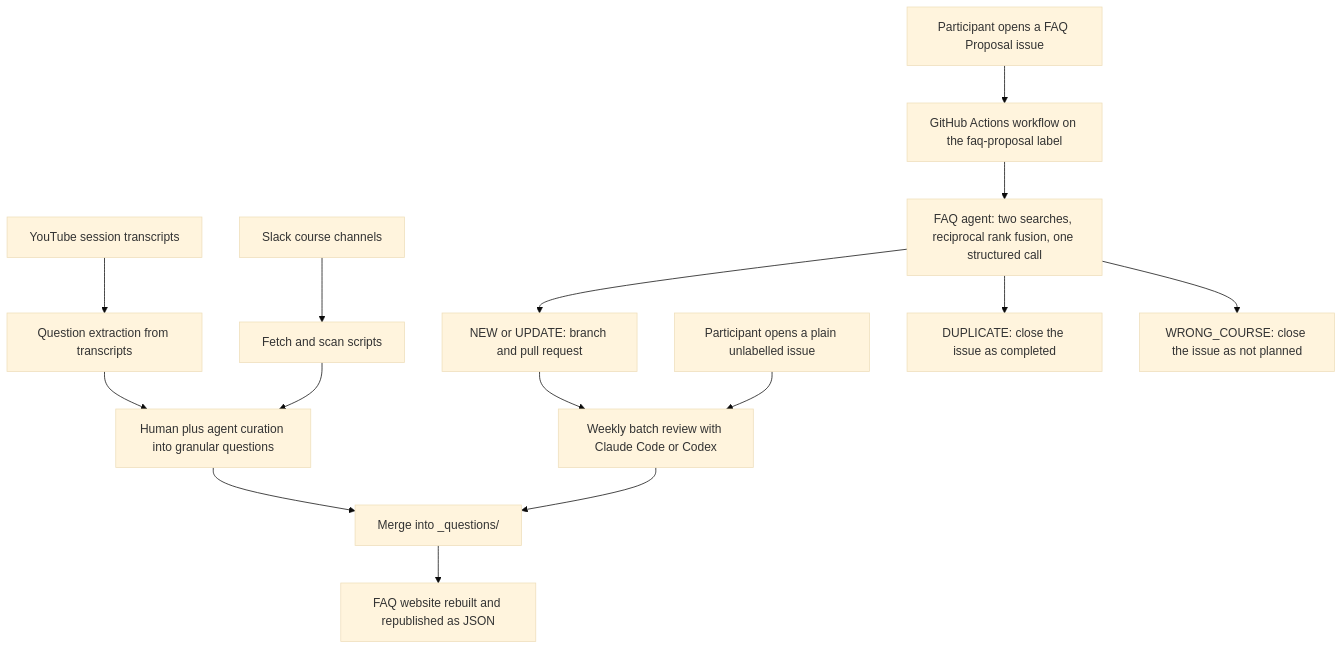
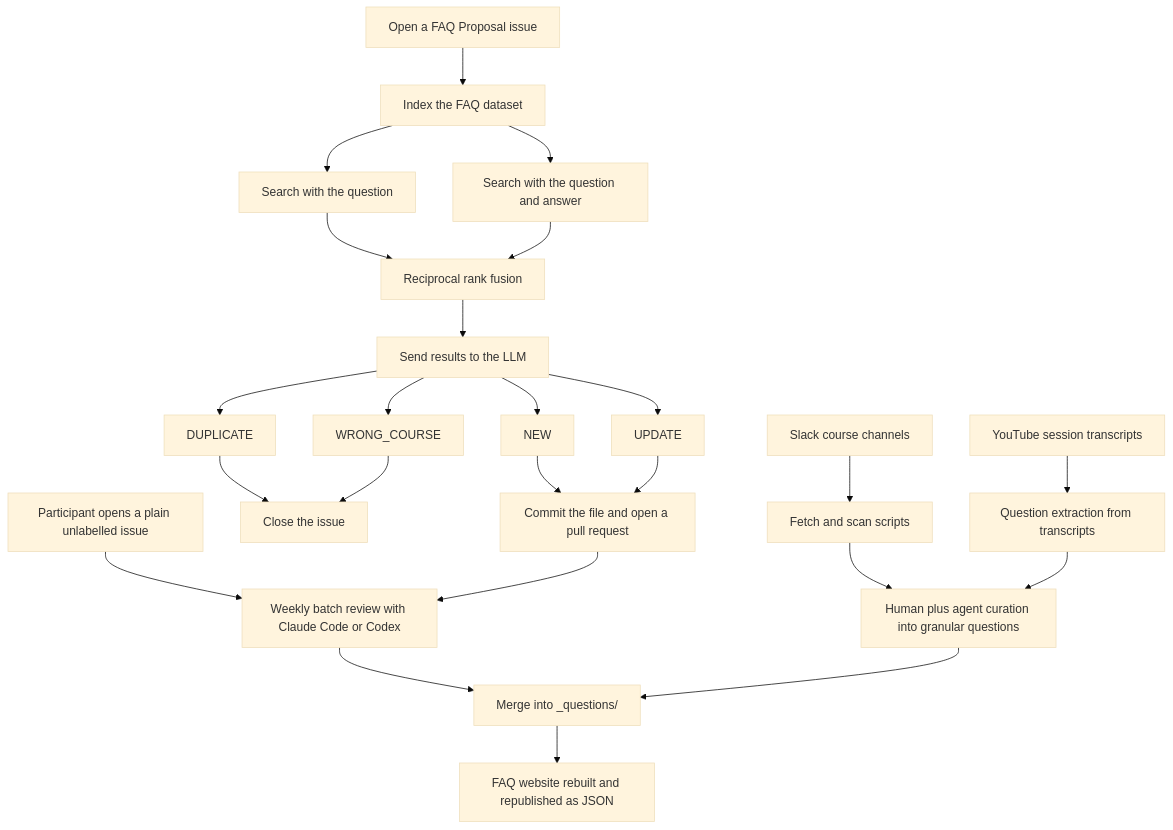
Before and after one commit to alexeygrigorev/telegram-writing-assistant: the first of 3 diagrams in articles/faq-assistant-on-automator.md, drawn with Mermaid (base theme). The commit also changed other lines of this file and 4 other files, not shown here.

````diff
--- a/articles/faq-assistant-on-automator.md
+++ b/articles/faq-assistant-on-automator.md
@@ -165,20 +169,29 @@
 ```mermaid
 flowchart TD
-    P1[Participant opens a FAQ Proposal issue] --> WF[GitHub Actions workflow on the faq-proposal label]
+    ISSUE[Open a FAQ Proposal issue] --> INDEX[Index the FAQ dataset]
+    INDEX --> QUESTION[Search with the question]
+    INDEX --> FULL[Search with the question and answer]
+    QUESTION --> RRF[Reciprocal rank fusion]
+    FULL --> RRF
+    RRF --> LLM[Send results to the LLM]
+    LLM --> NEW[NEW]
+    LLM --> UPDATE[UPDATE]
+    LLM --> DUP[DUPLICATE]
+    LLM --> WRONG[WRONG_COURSE]
+    NEW --> PR[Commit the file and open a pull request]
+    UPDATE --> PR
+    DUP --> CLOSE[Close the issue]
+    WRONG --> CLOSE
+
     P2[Participant opens a plain unlabelled issue] --> BATCH
     SL[Slack course channels] --> FETCH[Fetch and scan scripts]
     YT[YouTube session transcripts] --> EXTRACT[Question extraction from transcripts]
 
-    WF --> AGENT[FAQ agent: two searches, reciprocal rank fusion, one structured call]
-    AGENT --> NEW[NEW or UPDATE: branch and pull request]
-    AGENT --> DUP[DUPLICATE: close the issue as completed]
-    AGENT --> WRONG[WRONG_COURSE: close the issue as not planned]
-
-    NEW --> BATCH[Weekly batch review with Claude Code or Codex]
+    PR --> BATCH[Weekly batch review with Claude Code or Codex]
     FETCH --> CURATE[Human plus agent curation into granular questions]
     EXTRACT --> CURATE
 
     BATCH --> MERGE[Merge into _questions/]
     CURATE --> MERGE
     MERGE --> SITE[FAQ website rebuilt and republished as JSON]
 ```
````
